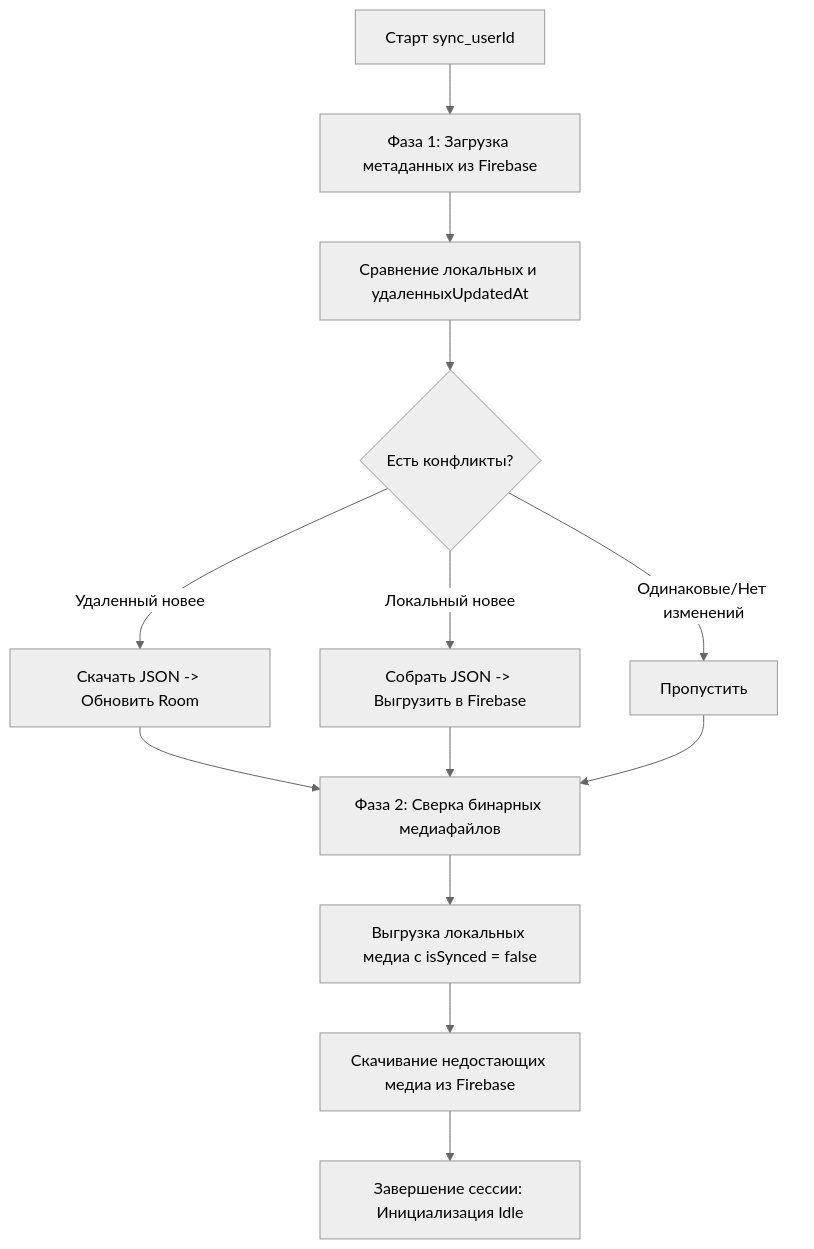
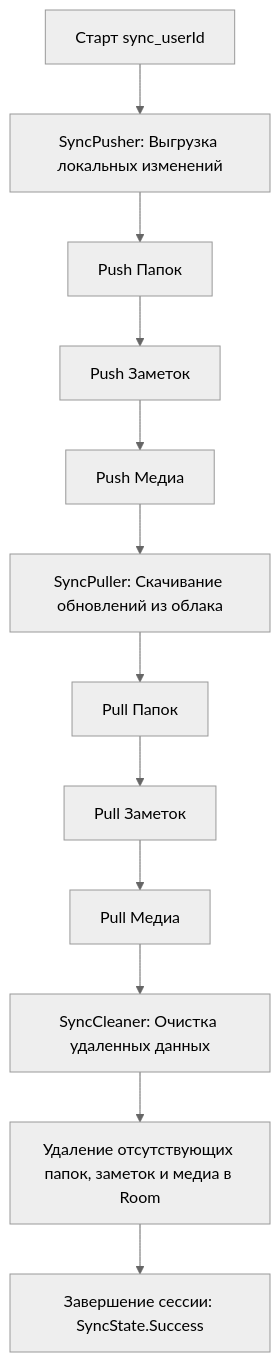
One commit to sannarat/openvino-notes changed the diagram in docs/sync/manager.md. Above: the diagram before and after it, drawn with Mermaid (neutral theme). The commit also changed other lines of this file and 1 other file, not shown here.

Commit message:
refactor(sync): split SyncManager into 3 phases, add folder sync and update docs

````diff
--- a/docs/sync/manager.md
+++ b/docs/sync/manager.md
@@ -9,15 +13,16 @@
 ```mermaid
 graph TD
-    A[Старт sync_userId] --> B[Фаза 1: Загрузка метаданных из Firebase]
-    B --> C[Сравнение локальных и удаленныхUpdatedAt]
-    C --> D{Есть конфликты?}
-    D -- Удаленный новее --> E[Скачать JSON -> Обновить Room]
-    D -- Локальный новее --> F[Собрать JSON -> Выгрузить в Firebase]
-    D -- Одинаковые/Нет изменений --> G[Пропустить]
-    E --> H[Фаза 2: Сверка бинарных медиафайлов]
-    F --> H
-    G --> H
-    H --> I[Выгрузка локальных медиа с isSynced = false]
-    I --> J[Скачивание недостающих медиа из Firebase]
-    J --> K[Завершение сессии: Инициализация Idle]
+    A[Старт sync_userId] --> B[SyncPusher: Выгрузка локальных изменений]
+    B --> B1[Push Папок]
+    B1 --> B2[Push Заметок]
+    B2 --> B3[Push Медиа]
+    
+    B3 --> C[SyncPuller: Скачивание обновлений из облака]
+    C --> C1[Pull Папок]
+    C1 --> C2[Pull Заметок]
+    C2 --> C3[Pull Медиа]
+    
+    C3 --> D[SyncCleaner: Очистка удаленных данных]
+    D --> E[Удаление отсутствующих папок, заметок и медиа в Room]
+    E --> F[Завершение сессии: SyncState.Success]
 ```
````
